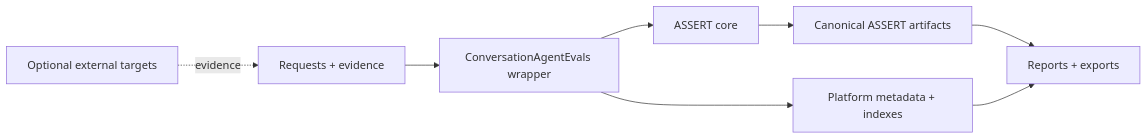
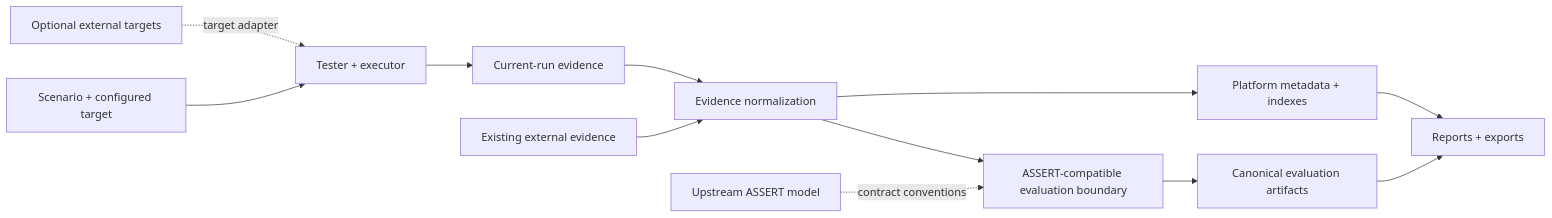
The second of 2 diagrams in README.md (agonza1/ConversationAgentEvals), drawn with Mermaid before and after one commit. The commit also changed other lines of this file and 39 other files, not shown here.

First line of the commit message:
Built-in generalist agent: real Pipecat tester-to-agent evaluation (#116)

````diff
--- a/README.md
+++ b/README.md
@@ -109,10 +109,14 @@
 ```mermaid
 flowchart LR
-  Inputs["Requests + evidence"] --> Platform["ConversationAgentEvals wrapper"]
-  Platform --> Core["ASSERT core"]
-  Core --> Artifacts["Canonical ASSERT artifacts"]
-  Platform --> Metadata["Platform metadata + indexes"]
+  Scenario["Scenario + configured target"] --> Execute["Tester + executor"]
+  Execute --> CurrentEvidence["Current-run evidence"]
+  ExistingEvidence["Existing external evidence"] --> Normalize["Evidence normalization"]
+  CurrentEvidence --> Normalize
+  Normalize --> Evaluate["ASSERT-compatible evaluation boundary"]
+  Evaluate --> Artifacts["Canonical evaluation artifacts"]
+  Normalize --> Metadata["Platform metadata + indexes"]
   Artifacts --> Reports["Reports + exports"]
   Metadata --> Reports
-  OptionalTargets["Optional external targets"] -. evidence .-> Inputs
+  OptionalTargets["Optional external targets"] -. "target adapter" .-> Execute
+  ASSERT["Upstream ASSERT model"] -. "contract conventions" .-> Evaluate
 ```
````
